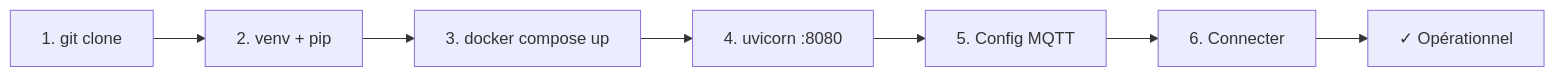
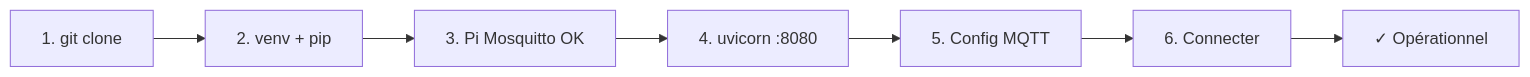
One commit to F4EED/MeshQTT changed the third of 3 diagrams in README.md. Above: the diagram before and after it, drawn with Mermaid. The commit also changed other lines of this file and 9 other files, not shown here.

Commit message:
Retirer Docker Mosquitto : broker 100 pour cent sur le Raspberry Pi.

````diff
--- a/README.md
+++ b/README.md
@@ -198,9 +198,9 @@
 ```mermaid
 flowchart LR
     A["1. git clone"] --> B["2. venv + pip"]
-    B --> C["3. docker compose up"]
+    B --> C["3. Pi Mosquitto OK"]
     C --> D["4. uvicorn :8080"]
     D --> E["5. Config MQTT"]
     E --> F["6. Connecter"]
     F --> G["✓ Opérationnel"]
 ```
````
